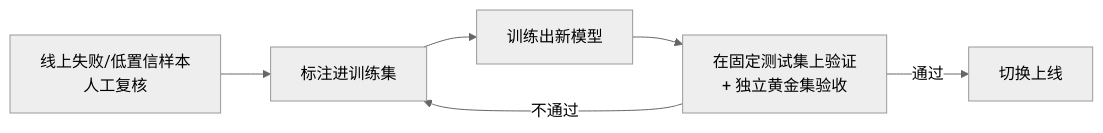
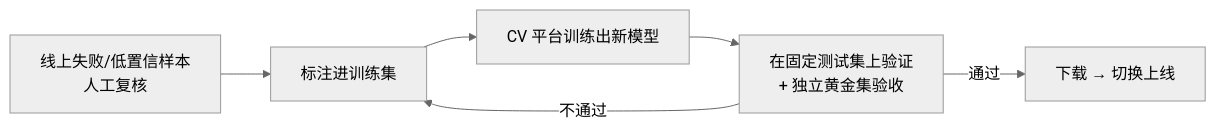
One commit to lijiatuk/spmcv changed the eighth of 8 diagrams in docs/SPM首保工单图片识别技术方案.md. Above: the diagram before and after it, drawn with Mermaid (neutral theme). The commit also changed other lines of this file, not shown here.

````diff
--- a/docs/SPM首保工单图片识别技术方案.md
+++ b/docs/SPM首保工单图片识别技术方案.md
@@ -85,9 +457,8 @@
 ```mermaid
 flowchart LR
   A["线上失败/低置信样本<br/>人工复核"] --> B["标注进训练集"]
-  B --> C["训练出新模型"]
+  B --> C["CV 平台训练出新模型"]
   C --> D["在固定测试集上验证<br/>+ 独立黄金集验收"]
-  D -->|"通过"| E["切换上线"]
+  D -->|"通过"| E["下载 → 切换上线"]
   D -->|"不通过"| B
-
 ```
````
